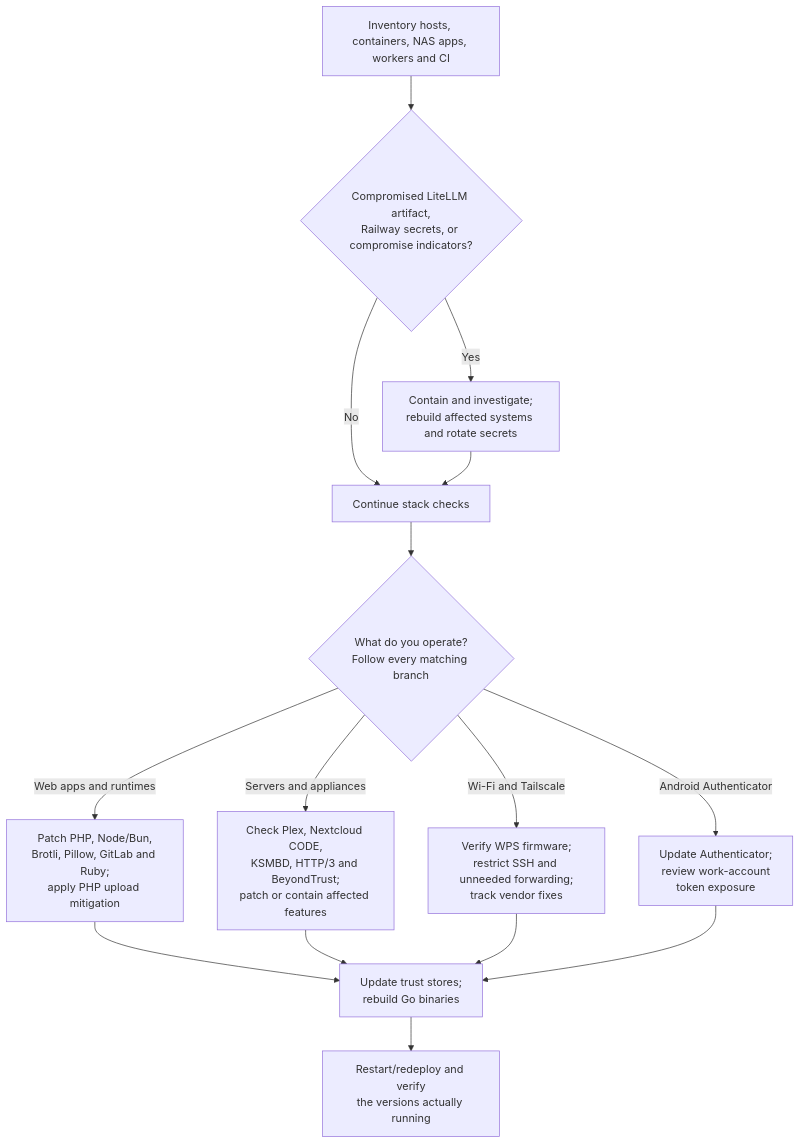
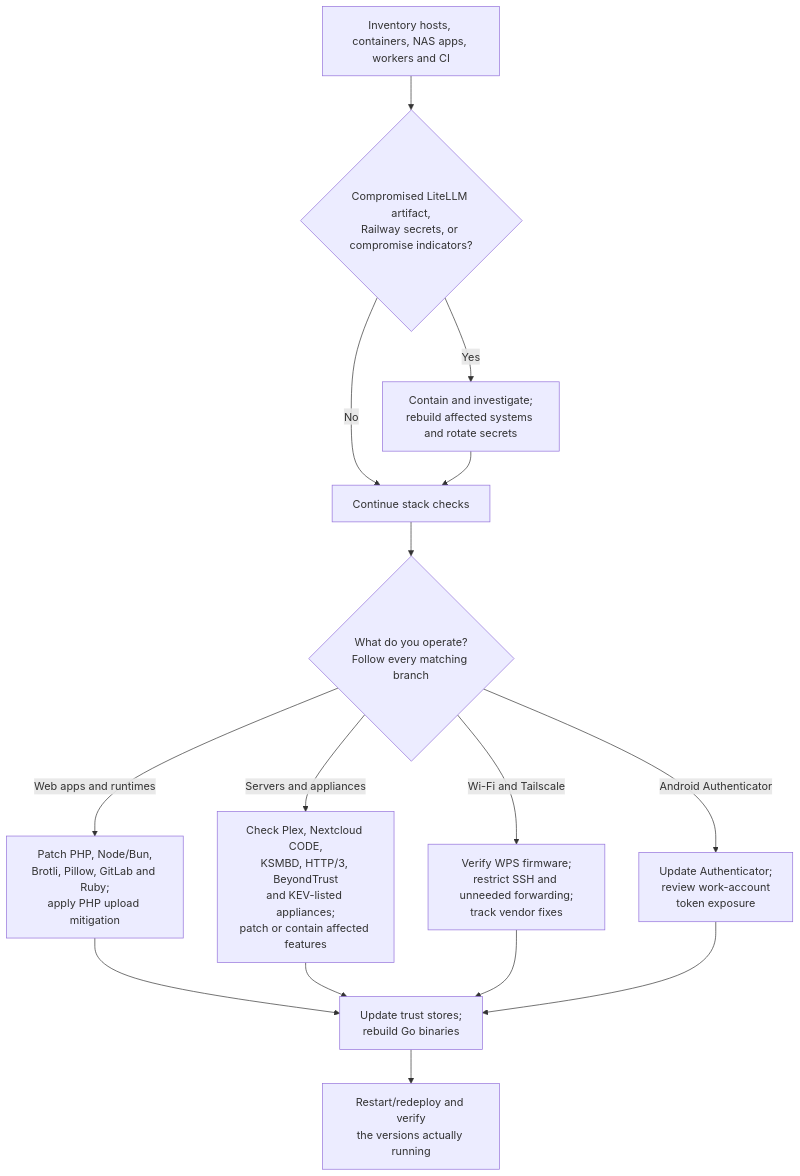
Before and after one commit to justinfiore/security-research: the diagram in black-october/black-october-2026.md, drawn with Mermaid. The commit also changed other lines of this file and 22 other files, not shown here.

First line of the commit message:
Add 12 KEV-listed items and refresh exploitation/patch status

````diff
--- a/black-october/black-october-2026.md
+++ b/black-october/black-october-2026.md
@@ -743,19 +1153,19 @@
 ```mermaid
 flowchart TD
     A["Inventory hosts, containers, NAS apps, workers and CI"] --> B{"Compromised LiteLLM artifact,<br/>Railway secrets, or compromise indicators?"}
     B -->|Yes| C["Contain and investigate;<br/>rebuild affected systems and rotate secrets"]
     B -->|No| D["Continue stack checks"]
     C --> D
 
     D --> E{"What do you operate?<br/>Follow every matching branch"}
     E -->|Web apps and runtimes| F["Patch PHP, Node/Bun,<br/>Brotli, Pillow, GitLab and Ruby;<br/>apply PHP upload mitigation"]
-    E -->|Servers and appliances| I["Check Plex, Nextcloud CODE,<br/>KSMBD, HTTP/3 and BeyondTrust;<br/>patch or contain affected features"]
+    E -->|Servers and appliances| I["Check Plex, Nextcloud CODE,<br/>KSMBD, HTTP/3, BeyondTrust<br/>and KEV-listed appliances;<br/>patch or contain affected features"]
     E -->|Wi-Fi and Tailscale| J["Verify WPS firmware;<br/>restrict SSH and unneeded forwarding;<br/>track vendor fixes"]
     E -->|Android Authenticator| N["Update Authenticator;<br/>review work-account<br/>token exposure"]
 
     F --> L["Update trust stores;<br/>rebuild Go binaries"]
     I --> L
     J --> L
     N --> L
     L --> M["Restart/redeploy and verify<br/>the versions actually running"]
 ```
````
